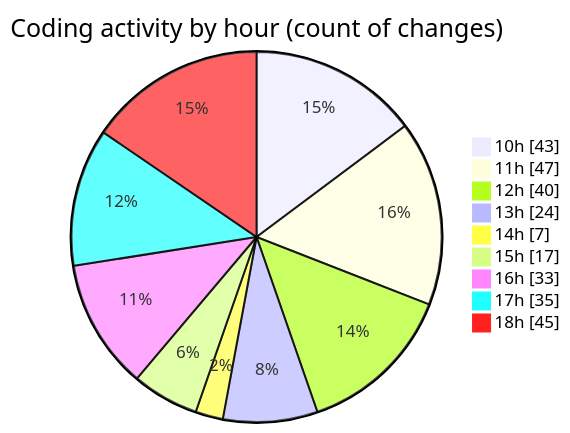
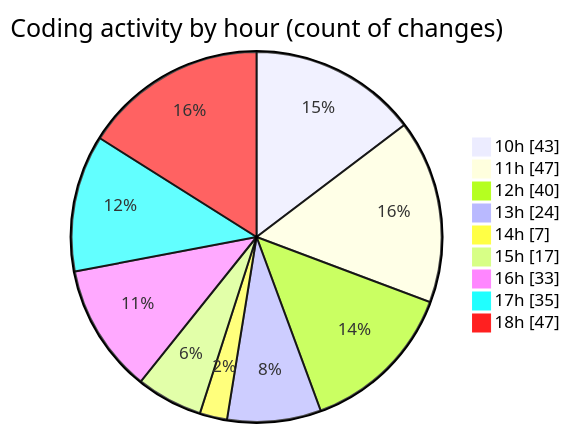
One commit to momahboobian/code-tracking changed the second of 2 diagrams in 2025-02-10/cda/README.md. Above: the diagram before and after it, drawn with Mermaid. The commit also changed other lines of this file and 1 other file, not shown here.

````diff
--- a/2025-02-10/cda/README.md
+++ b/2025-02-10/cda/README.md
@@ -35,13 +35,13 @@
 ```mermaid
 pie showData
 title Coding activity by hour (count of changes)
 "10h" : 43
 "11h" : 47
 "12h" : 40
 "13h" : 24
 "14h" : 7
 "15h" : 17
 "16h" : 33
 "17h" : 35
-"18h" : 45
+"18h" : 47
 ```
````
